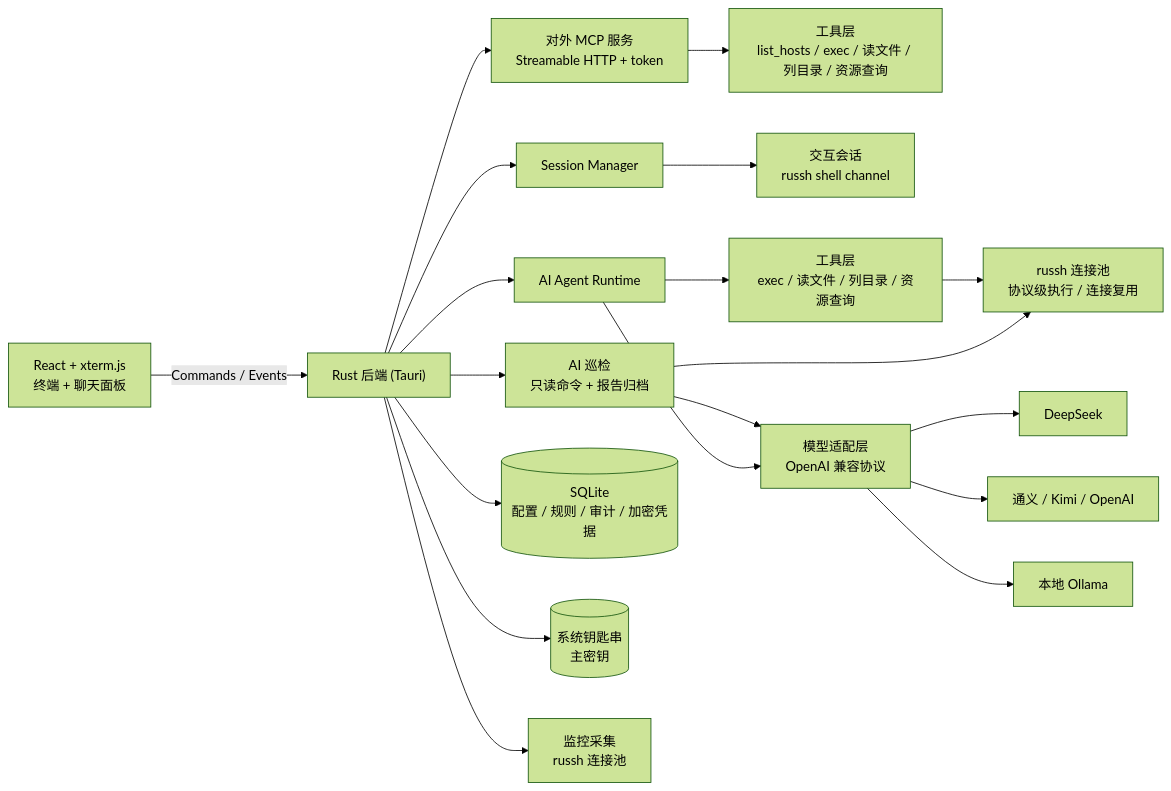
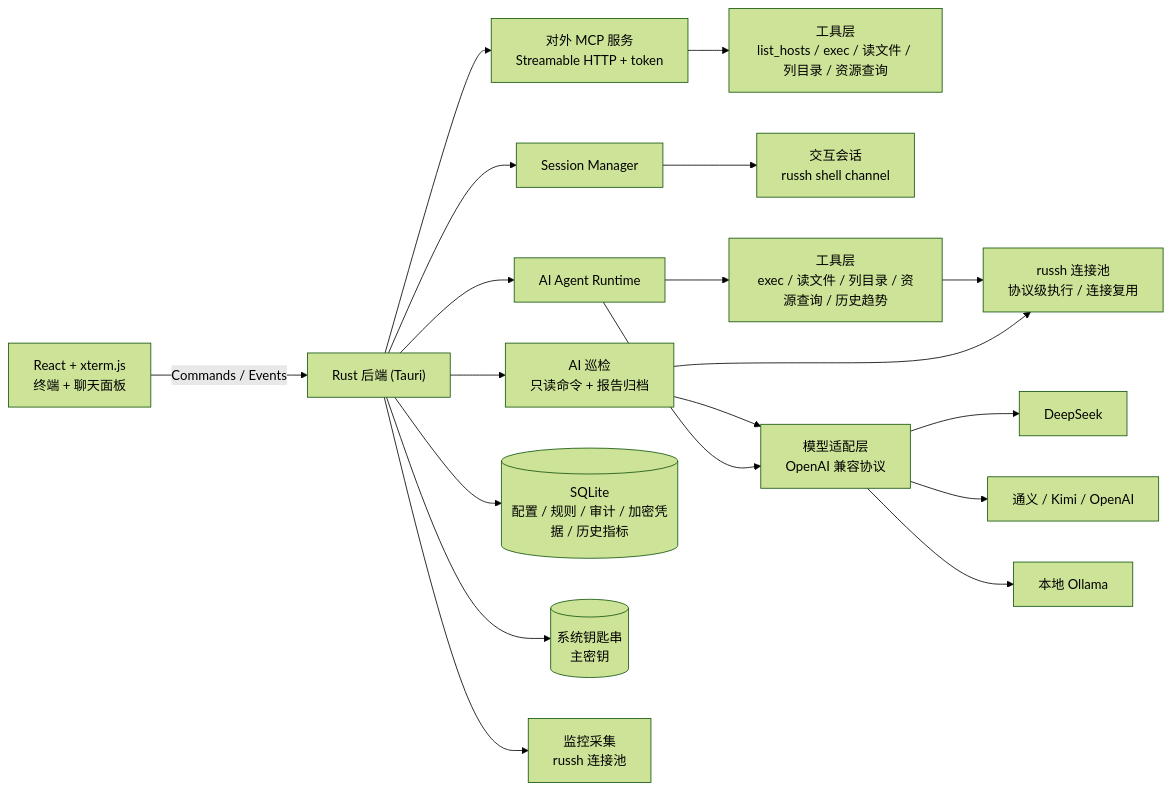
One commit to shaguocgl/buff-term changed the diagram in README.md. Above: the diagram before and after it, drawn with Mermaid (forest theme). The commit also changed other lines of this file and 1 other file, not shown here.

````diff
--- a/README.md
+++ b/README.md
@@ -78,21 +78,21 @@
 ```mermaid
 flowchart LR
   UI["React + xterm.js<br/>终端 + 聊天面板"] -->|Commands / Events| BE["Rust 后端 (Tauri)"]
   BE --> SM["Session Manager"]
   BE --> AG["AI Agent Runtime"]
   BE --> MCP["对外 MCP 服务<br/>Streamable HTTP + token"]
   MCP --> MCPTOOL["工具层<br/>list_hosts / exec / 读文件 / 列目录 / 资源查询"]
   SM --> SSH["交互会话<br/>russh shell channel"]
-  AG --> TOOL["工具层<br/>exec / 读文件 / 列目录 / 资源查询"]
+  AG --> TOOL["工具层<br/>exec / 读文件 / 列目录 / 资源查询 / 历史趋势"]
   TOOL --> RSH["russh 连接池<br/>协议级执行 / 连接复用"]
   BE --> INSP["AI 巡检<br/>只读命令 + 报告归档"]
   INSP --> RSH
   INSP --> PROV
   AG --> PROV["模型适配层<br/>OpenAI 兼容协议"]
   PROV --> DS["DeepSeek"]
   PROV --> QW["通义 / Kimi / OpenAI"]
   PROV --> OLL["本地 Ollama"]
-  BE --> DB[("SQLite<br/>配置 / 规则 / 审计 / 加密凭据")]
+  BE --> DB[("SQLite<br/>配置 / 规则 / 审计 / 加密凭据 / 历史指标")]
   BE --> KC[("系统钥匙串<br/>主密钥")]
   BE --> MON["监控采集<br/>russh 连接池"]
 ```
````
